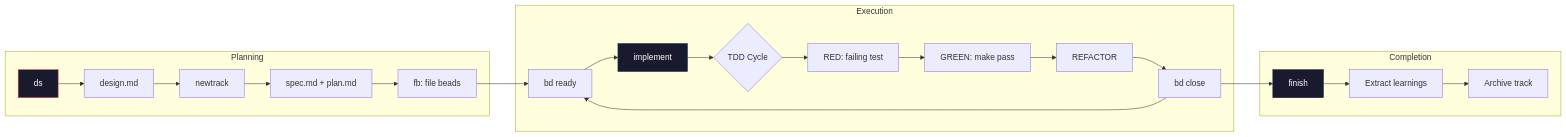
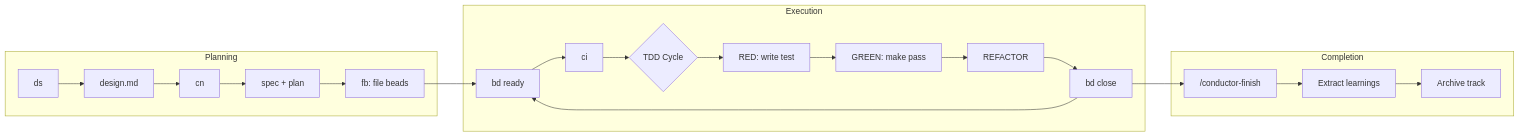
The second of 2 diagrams in TUTORIAL.md (ReinaMacCredy/maestro), drawn with Mermaid before and after one commit. The commit also changed other lines of this file and 7 other files, not shown here.

````diff
--- a/TUTORIAL.md
+++ b/TUTORIAL.md
@@ -85,30 +184,26 @@
 ```mermaid
 flowchart LR
     subgraph Planning
         A["ds"] --> B["design.md"]
-        B --> C["newtrack"]
-        C --> D["spec.md + plan.md"]
+        B --> C["cn"]
+        C --> D["spec + plan"]
         D --> E["fb: file beads"]
     end
     
     subgraph Execution
         E --> F["bd ready"]
-        F --> G["implement"]
+        F --> G["ci"]
         G --> H{"TDD Cycle"}
-        H --> I["RED: failing test"]
+        H --> I["RED: write test"]
         I --> J["GREEN: make pass"]
         J --> K["REFACTOR"]
         K --> L["bd close"]
         L --> F
     end
     
     subgraph Completion
-        L --> M["finish"]
+        L --> M["/conductor-finish"]
         M --> N["Extract learnings"]
         N --> O["Archive track"]
     end
-    
-    style A fill:#1a1a2e,stroke:#e94560,color:#fff
-    style G fill:#1a1a2e,stroke:#0f3460,color:#fff
-    style M fill:#1a1a2e,stroke:#16213e,color:#fff
 ```
````
